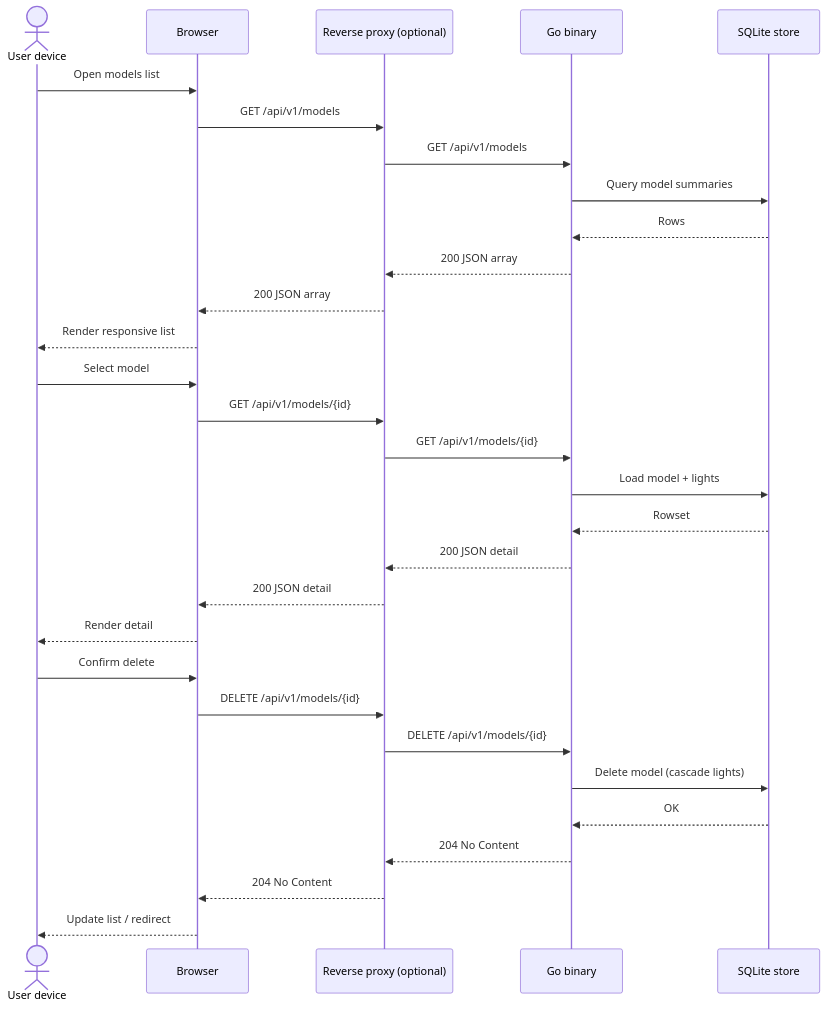
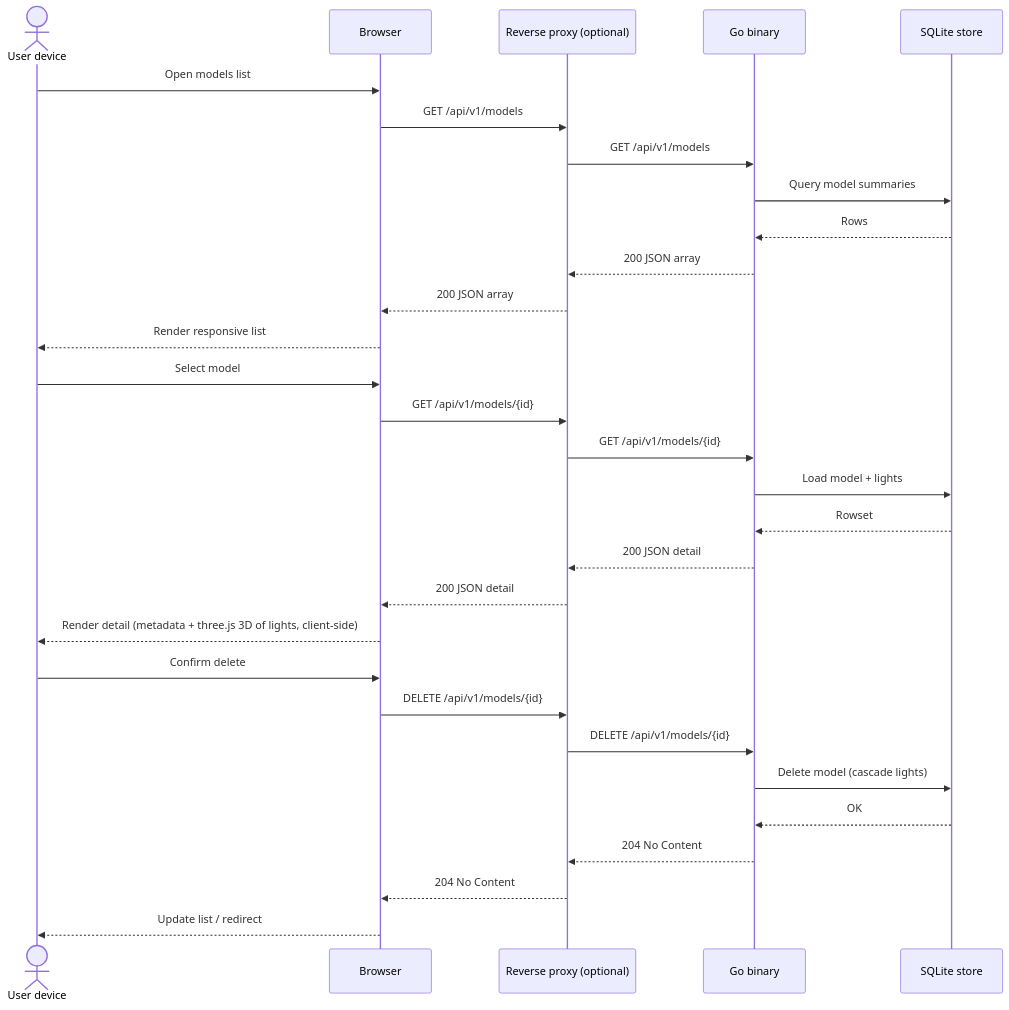
One commit to mudged/dlm changed the fifth of 7 diagrams in docs/architecture.md. Above: the diagram before and after it, drawn with Mermaid. The commit also changed other lines of this file and 20 other files, not shown here.

First line of the commit message:
REQ-009: face/surface-even samples, Three.js detail view, traceability

````diff
--- a/docs/architecture.md
+++ b/docs/architecture.md
@@ -362,35 +417,35 @@
 ```mermaid
 sequenceDiagram
   actor User as User device
   participant B as Browser
   participant P as Reverse proxy (optional)
   participant G as Go binary
   participant S as SQLite store
 
   User->>B: Open models list
   B->>P: GET /api/v1/models
   P->>G: GET /api/v1/models
   G->>S: Query model summaries
   S-->>G: Rows
   G-->>P: 200 JSON array
   P-->>B: 200 JSON array
   B-->>User: Render responsive list
 
   User->>B: Select model
   B->>P: GET /api/v1/models/{id}
   P->>G: GET /api/v1/models/{id}
   G->>S: Load model + lights
   S-->>G: Rowset
   G-->>P: 200 JSON detail
   P-->>B: 200 JSON detail
-  B-->>User: Render detail
+  B-->>User: Render detail (metadata + three.js 3D of lights, client-side)
 
   User->>B: Confirm delete
   B->>P: DELETE /api/v1/models/{id}
   P->>G: DELETE /api/v1/models/{id}
   G->>S: Delete model (cascade lights)
   S-->>G: OK
   G-->>P: 204 No Content
   P-->>B: 204 No Content
   B-->>User: Update list / redirect
 ```
````
